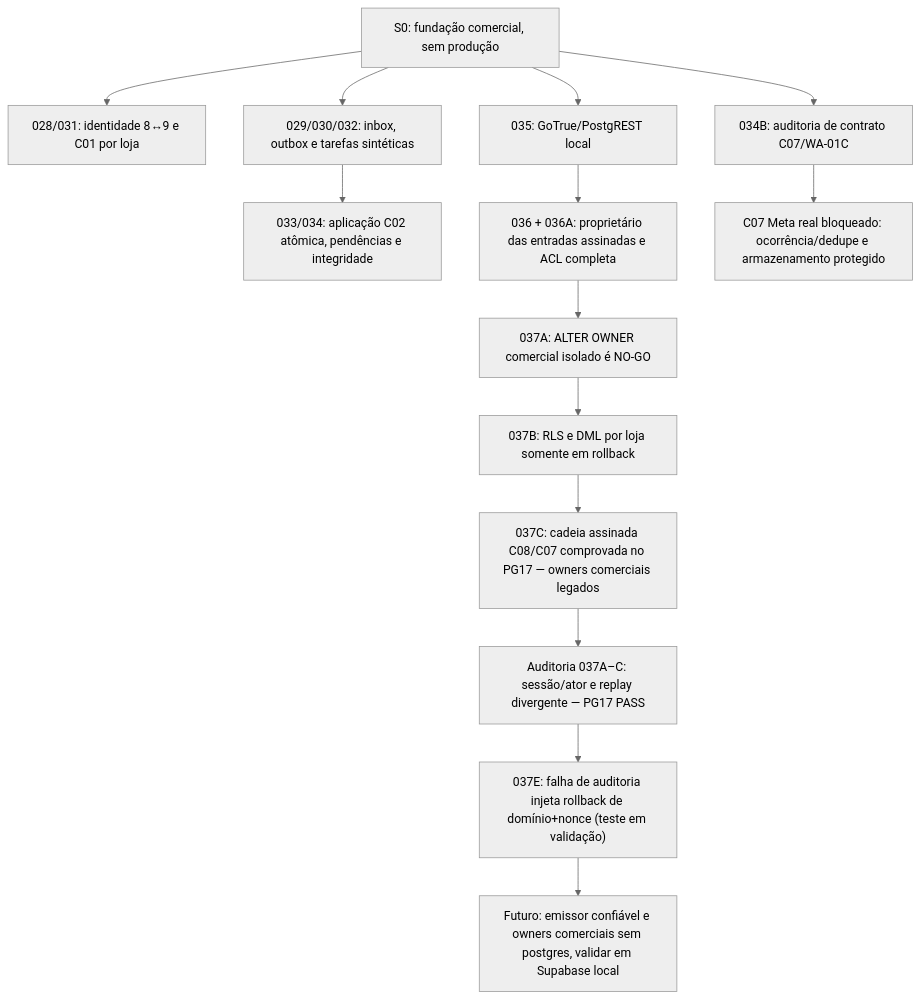
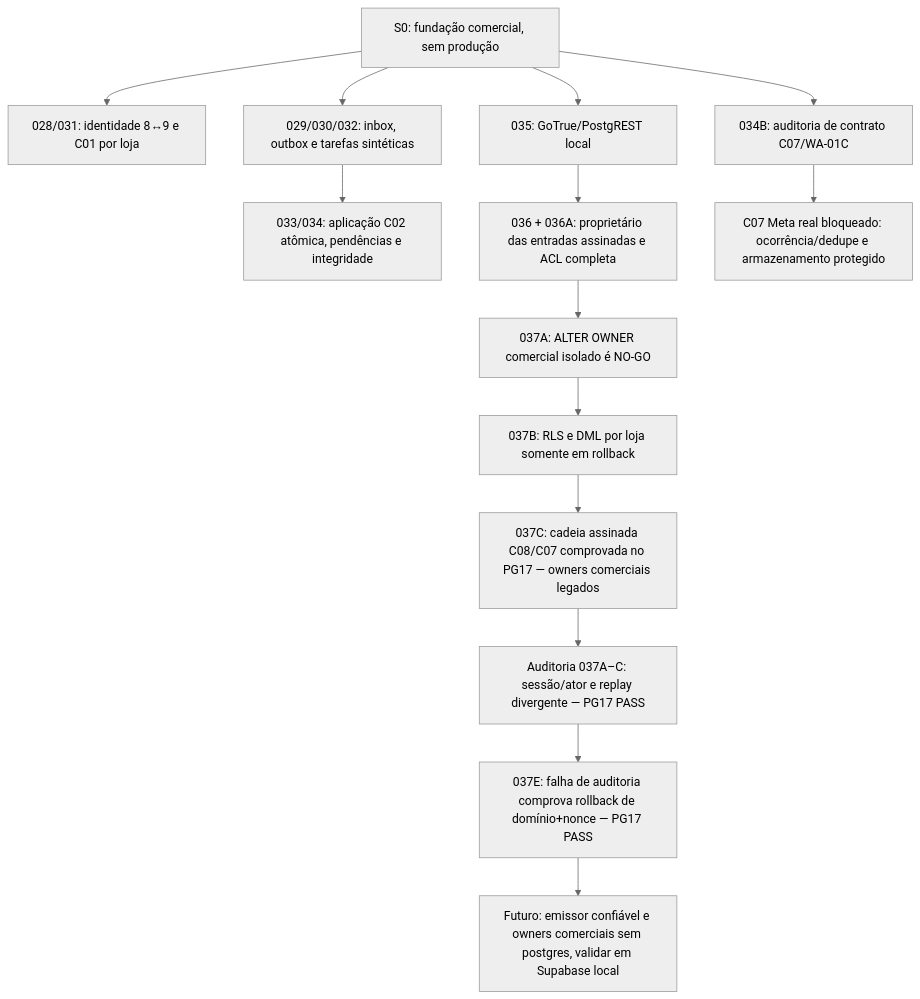
The second of 3 diagrams in docs/MAPA_MENTAL.md (prumogrowth/Prumo-Growth-Platform-V2), drawn with Mermaid (neutral theme) before and after one commit. The commit also changed other lines of this file and 2 other files, not shown here.

````diff
--- a/docs/MAPA_MENTAL.md
+++ b/docs/MAPA_MENTAL.md
@@ -53,16 +53,16 @@
 ```mermaid
 flowchart TD
   ROOT["S0: fundação comercial, sem produção"] --> ID["028/031: identidade 8↔9 e C01 por loja"]
   ROOT --> Q["029/030/032: inbox, outbox e tarefas sintéticas"]
   Q --> C02["033/034: aplicação C02 atômica, pendências e integridade"]
   ROOT --> CB["034B: auditoria de contrato C07/WA-01C"]
   ROOT --> AUTH["035: GoTrue/PostgREST local"]
   AUTH --> GATE["036 + 036A: proprietário das entradas assinadas e ACL completa"]
   GATE --> A["037A: ALTER OWNER comercial isolado é NO-GO"]
   A --> B["037B: RLS e DML por loja somente em rollback"]
   B --> C["037C: cadeia assinada C08/C07 comprovada no PG17 — owners comerciais legados"]
   C --> AUD["Auditoria 037A–C: sessão/ator e replay divergente — PG17 PASS"]
-  AUD --> E["037E: falha de auditoria injeta rollback de domínio+nonce (teste em validação)"]
+  AUD --> E["037E: falha de auditoria comprova rollback de domínio+nonce — PG17 PASS"]
   E --> FUT["Futuro: emissor confiável e owners comerciais sem postgres, validar em Supabase local"]
   CB --> WAIT["C07 Meta real bloqueado: ocorrência/dedupe e armazenamento protegido"]
 ```
````
